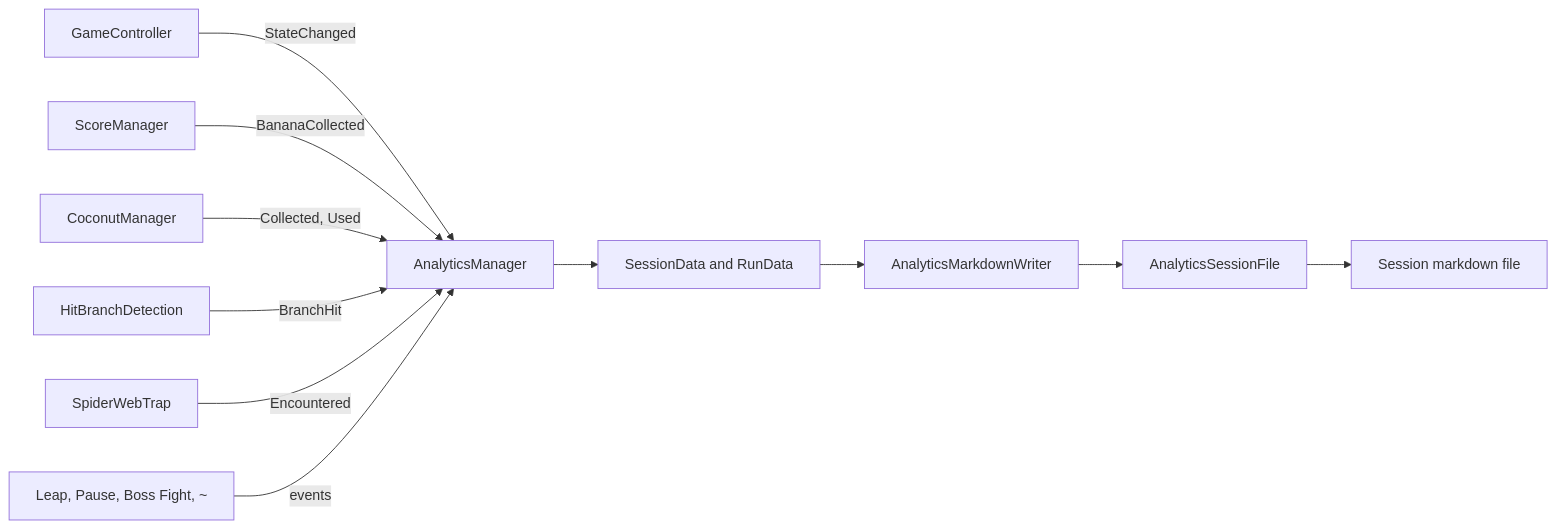
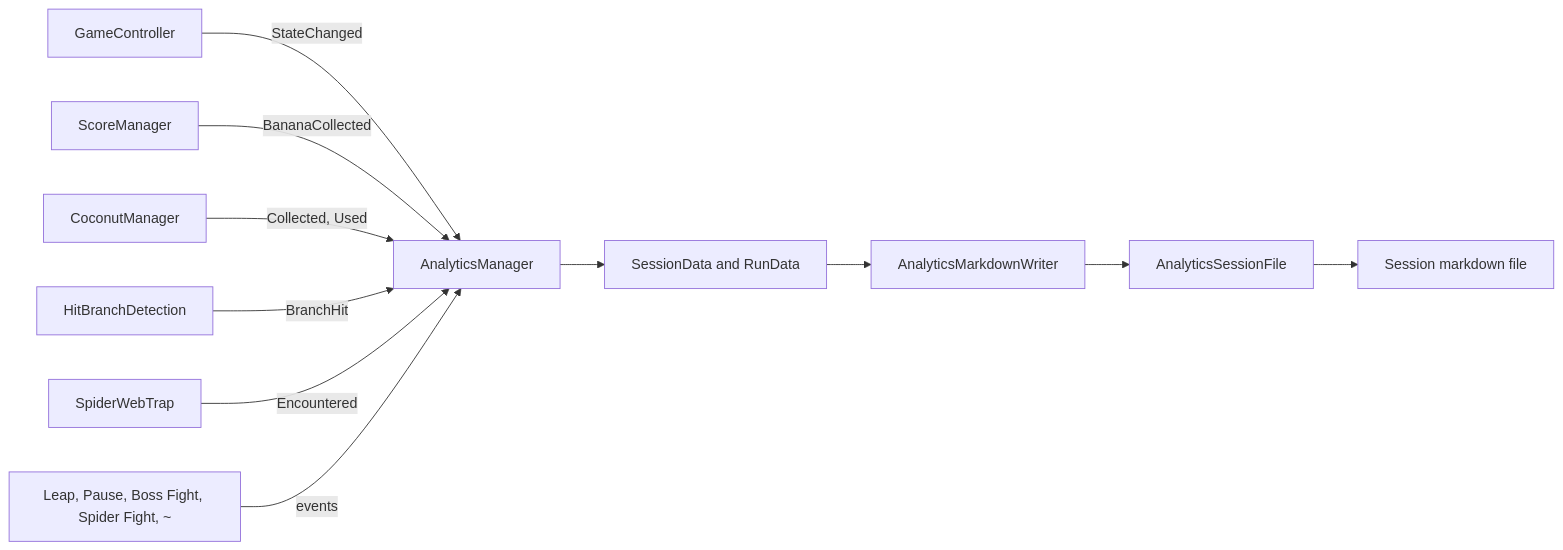
Before and after one commit to CSCI-526/Team4-Lu_Lu: the diagram in docs/analytics-doc.md, drawn with Mermaid. The commit also changed other lines of this file and 6 other files, not shown here.

First line of the commit message:
record the Spider King fight in analytics

````diff
--- a/docs/analytics-doc.md
+++ b/docs/analytics-doc.md
@@ -13,13 +13,13 @@
 ```mermaid
 graph LR
   Game[GameController] -->|StateChanged| AM[AnalyticsManager]
   Score[ScoreManager] -->|BananaCollected| AM
   Coconut[CoconutManager] -->|Collected, Used| AM
   Hit[HitBranchDetection] -->|BranchHit| AM
   Web[SpiderWebTrap] -->|Encountered| AM
-  More[Leap, Pause, Boss Fight, ~] -->|events| AM
+  More[Leap, Pause, Boss Fight, Spider Fight, ~] -->|events| AM
   AM --> Data[SessionData and RunData]
   Data --> Writer[AnalyticsMarkdownWriter]
   Writer --> SF[AnalyticsSessionFile]
   SF --> File[Session markdown file]
 ```
````
